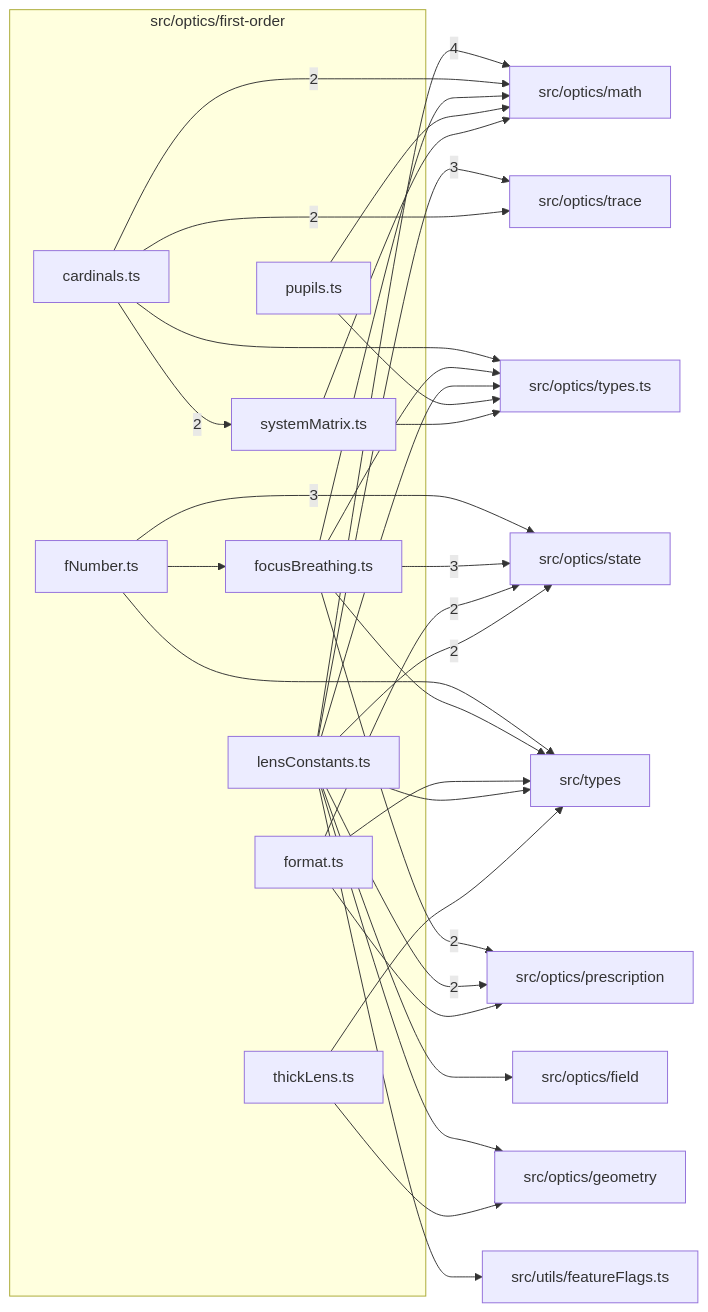
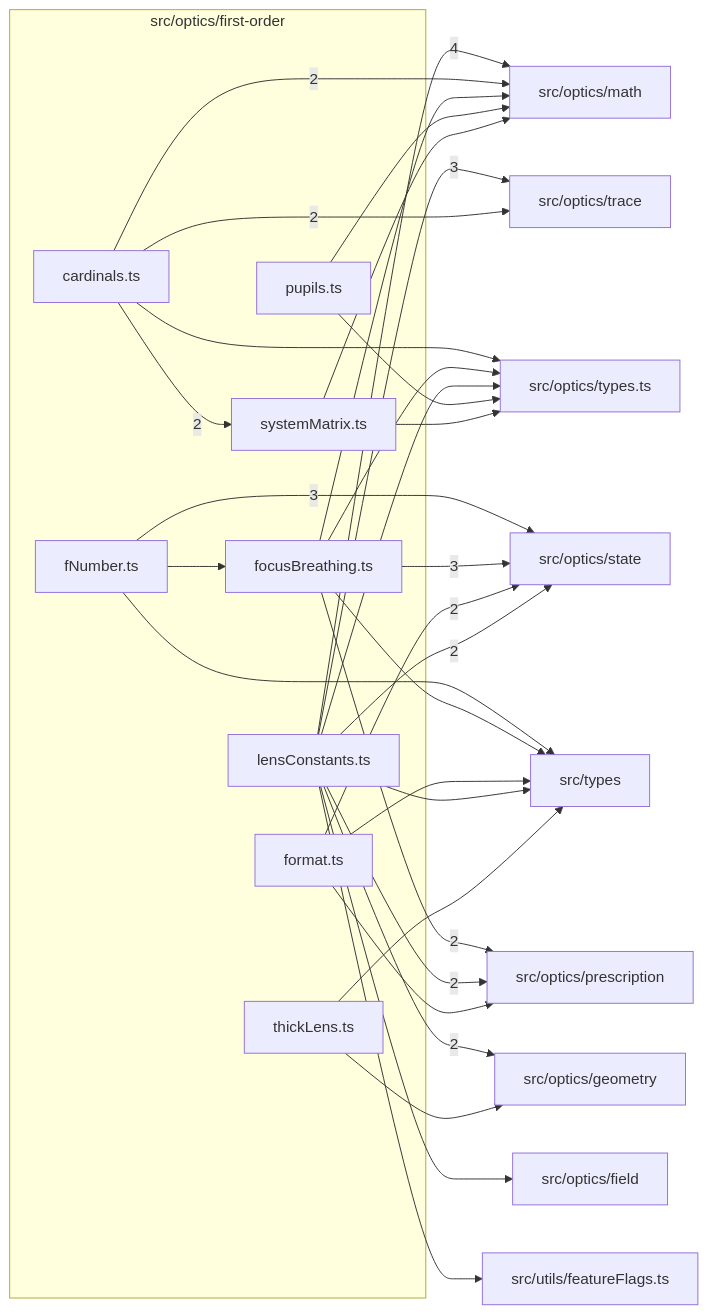
Before and after one commit to ronbuening/LensVisualizer: the diagram in src/optics/first-order/readme.md, drawn with Mermaid. The commit also changed other lines of this file and 10 other files, not shown here.

````diff
--- a/src/optics/first-order/readme.md
+++ b/src/optics/first-order/readme.md
@@ -9,52 +9,52 @@
 ```mermaid
 flowchart LR
   subgraph n_src_optics_first_order["src/optics/first-order"]
     n_src_optics_first_order_src_optics_first_order_cardinals_ts["cardinals.ts"]
     n_src_optics_first_order_src_optics_first_order_fNumber_ts["fNumber.ts"]
     n_src_optics_first_order_src_optics_first_order_focusBreathing_ts["focusBreathing.ts"]
     n_src_optics_first_order_src_optics_first_order_format_ts["format.ts"]
     n_src_optics_first_order_src_optics_first_order_lensConstants_ts["lensConstants.ts"]
     n_src_optics_first_order_src_optics_first_order_pupils_ts["pupils.ts"]
     n_src_optics_first_order_src_optics_first_order_systemMatrix_ts["systemMatrix.ts"]
     n_src_optics_first_order_src_optics_first_order_thickLens_ts["thickLens.ts"]
   end
   n_external_src_optics_math["src/optics/math"]
   n_external_src_optics_state["src/optics/state"]
   n_external_src_optics_trace["src/optics/trace"]
+  n_external_src_optics_geometry["src/optics/geometry"]
   n_external_src_optics_prescription["src/optics/prescription"]
   n_external_src_optics_field["src/optics/field"]
-  n_external_src_optics_geometry["src/optics/geometry"]
   n_external_src_optics_types_ts["src/optics/types.ts"]
   n_external_src_types["src/types"]
   n_external_src_utils_featureFlags_ts["src/utils/featureFlags.ts"]
   n_src_optics_first_order_src_optics_first_order_lensConstants_ts --> |4| n_external_src_optics_math
   n_src_optics_first_order_src_optics_first_order_fNumber_ts --> |3| n_external_src_optics_state
   n_src_optics_first_order_src_optics_first_order_focusBreathing_ts --> |3| n_external_src_optics_state
   n_src_optics_first_order_src_optics_first_order_lensConstants_ts --> |3| n_external_src_optics_trace
+  n_src_optics_first_order_src_optics_first_order_lensConstants_ts --> |2| n_external_src_optics_geometry
   n_src_optics_first_order_src_optics_first_order_cardinals_ts --> |2| n_external_src_optics_math
   n_src_optics_first_order_src_optics_first_order_focusBreathing_ts --> |2| n_external_src_optics_prescription
   n_src_optics_first_order_src_optics_first_order_lensConstants_ts --> |2| n_external_src_optics_prescription
   n_src_optics_first_order_src_optics_first_order_format_ts --> |2| n_external_src_optics_state
   n_src_optics_first_order_src_optics_first_order_lensConstants_ts --> |2| n_external_src_optics_state
   n_src_optics_first_order_src_optics_first_order_cardinals_ts --> |2| n_external_src_optics_trace
   n_src_optics_first_order_src_optics_first_order_cardinals_ts --> |2| n_src_optics_first_order_src_optics_first_order_systemMatrix_ts
   n_src_optics_first_order_src_optics_first_order_lensConstants_ts --> n_external_src_optics_field
-  n_src_optics_first_order_src_optics_first_order_lensConstants_ts --> n_external_src_optics_geometry
   n_src_optics_first_order_src_optics_first_order_thickLens_ts --> n_external_src_optics_geometry
   n_src_optics_first_order_src_optics_first_order_focusBreathing_ts --> n_external_src_optics_math
   n_src_optics_first_order_src_optics_first_order_pupils_ts --> n_external_src_optics_math
   n_src_optics_first_order_src_optics_first_order_systemMatrix_ts --> n_external_src_optics_math
   n_src_optics_first_order_src_optics_first_order_format_ts --> n_external_src_optics_prescription
   n_src_optics_first_order_src_optics_first_order_cardinals_ts --> n_external_src_optics_types_ts
   n_src_optics_first_order_src_optics_first_order_focusBreathing_ts --> n_external_src_optics_types_ts
   n_src_optics_first_order_src_optics_first_order_lensConstants_ts --> n_external_src_optics_types_ts
   n_src_optics_first_order_src_optics_first_order_pupils_ts --> n_external_src_optics_types_ts
   n_src_optics_first_order_src_optics_first_order_systemMatrix_ts --> n_external_src_optics_types_ts
   n_src_optics_first_order_src_optics_first_order_fNumber_ts --> n_external_src_types
   n_src_optics_first_order_src_optics_first_order_focusBreathing_ts --> n_external_src_types
   n_src_optics_first_order_src_optics_first_order_format_ts --> n_external_src_types
   n_src_optics_first_order_src_optics_first_order_lensConstants_ts --> n_external_src_types
   n_src_optics_first_order_src_optics_first_order_thickLens_ts --> n_external_src_types
   n_src_optics_first_order_src_optics_first_order_lensConstants_ts --> n_external_src_utils_featureFlags_ts
   n_src_optics_first_order_src_optics_first_order_fNumber_ts --> n_src_optics_first_order_src_optics_first_order_focusBreathing_ts
 ```
````
